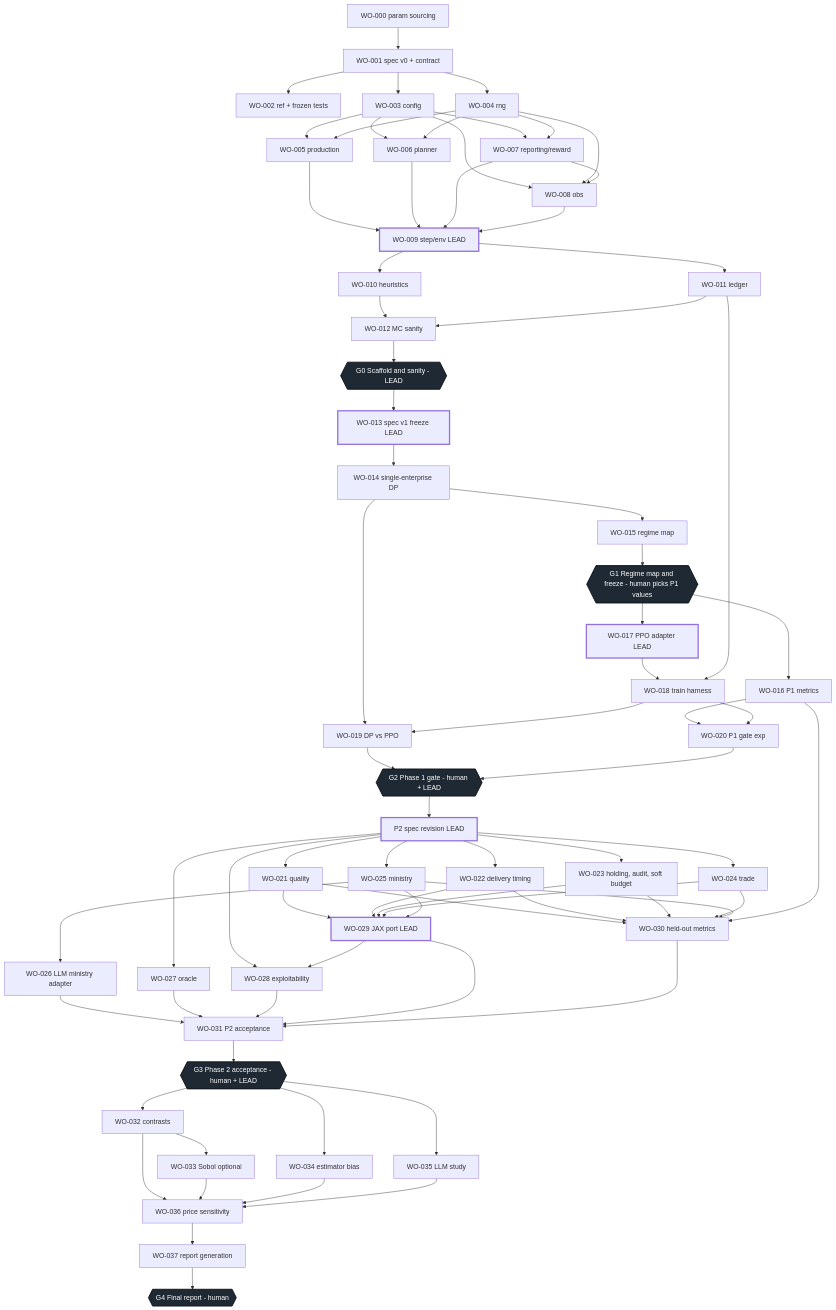
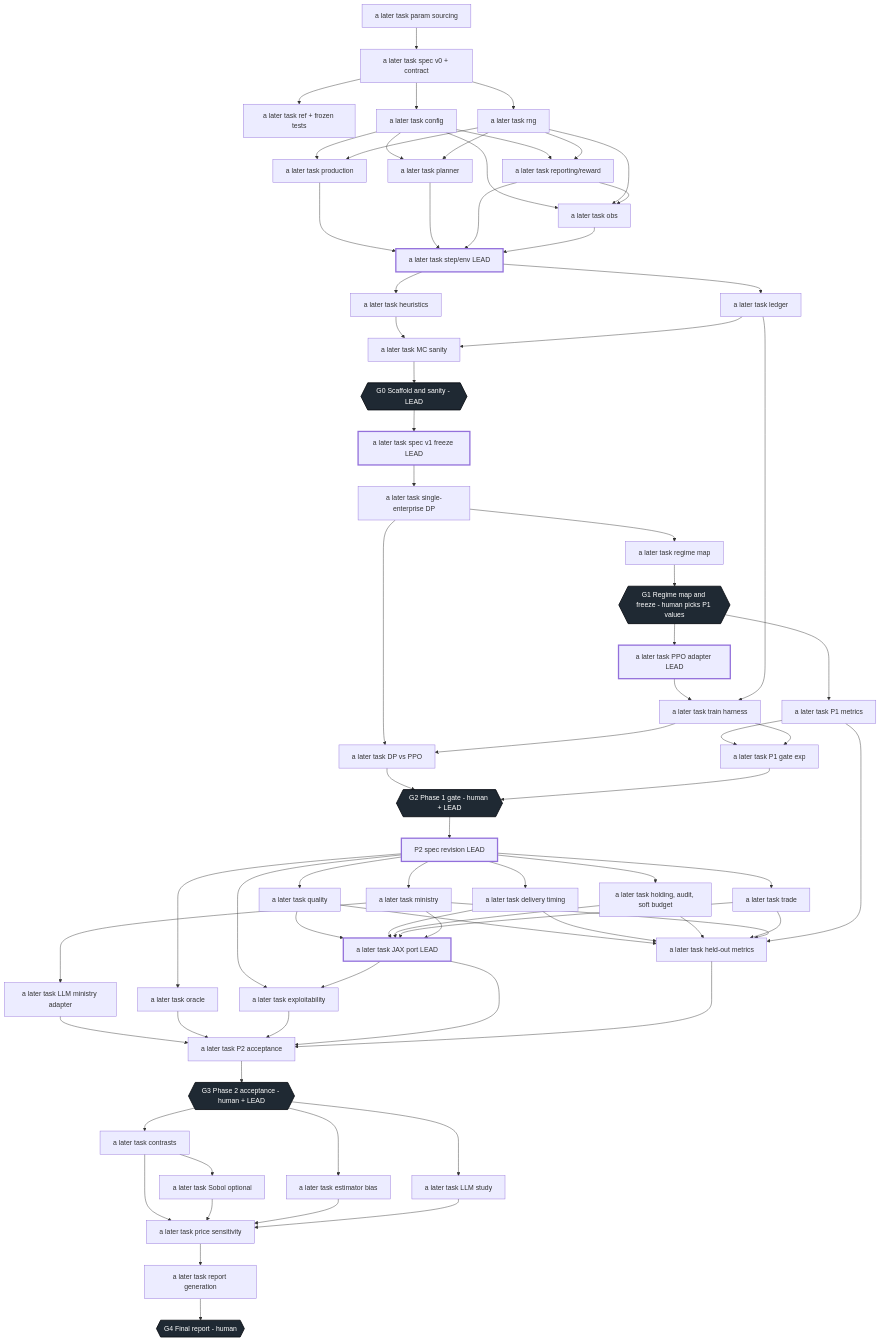
One commit to Xocas12/gosplan-env changed the diagram in ROADMAP.md. Above: the diagram before and after it, drawn with Mermaid. The commit also changed other lines of this file and 141 other files, not shown here.

````diff
--- a/ROADMAP.md
+++ b/ROADMAP.md
@@ -97,81 +97,81 @@
 ```mermaid
 flowchart TD
-  WO000["WO-000 param sourcing"] --> WO001["WO-001 spec v0 + contract"]
-  WO001 --> WO002["WO-002 ref + frozen tests"]
-  WO001 --> WO003["WO-003 config"]
-  WO001 --> WO004["WO-004 rng"]
-  WO003 --> WO005["WO-005 production"]
-  WO003 --> WO006["WO-006 planner"]
-  WO003 --> WO007["WO-007 reporting/reward"]
-  WO003 --> WO008["WO-008 obs"]
+  WO000["a later task param sourcing"] --> WO001["a later task spec v0 + contract"]
+  WO001 --> WO002["a later task ref + frozen tests"]
+  WO001 --> WO003["a later task config"]
+  WO001 --> WO004["a later task rng"]
+  WO003 --> WO005["a later task production"]
+  WO003 --> WO006["a later task planner"]
+  WO003 --> WO007["a later task reporting/reward"]
+  WO003 --> WO008["a later task obs"]
   WO004 --> WO005
   WO004 --> WO006
   WO004 --> WO007
   WO004 --> WO008
   WO007 --> WO008
-  WO005 --> WO009["WO-009 step/env LEAD"]
+  WO005 --> WO009["a later task step/env LEAD"]
   WO006 --> WO009
   WO007 --> WO009
   WO008 --> WO009
-  WO009 --> WO010["WO-010 heuristics"]
-  WO009 --> WO011["WO-011 ledger"]
-  WO010 --> WO012["WO-012 MC sanity"]
+  WO009 --> WO010["a later task heuristics"]
+  WO009 --> WO011["a later task ledger"]
+  WO010 --> WO012["a later task MC sanity"]
   WO011 --> WO012
   WO012 --> G0{{"G0 Scaffold and sanity - LEAD"}}
 
-  G0 --> WO013["WO-013 spec v1 freeze LEAD"]
-  WO013 --> WO014["WO-014 single-enterprise DP"]
-  WO014 --> WO015["WO-015 regime map"]
+  G0 --> WO013["a later task spec v1 freeze LEAD"]
+  WO013 --> WO014["a later task single-enterprise DP"]
+  WO014 --> WO015["a later task regime map"]
   WO015 --> G1{{"G1 Regime map and freeze - human picks P1 values"}}
 
-  G1 --> WO016["WO-016 P1 metrics"]
-  G1 --> WO017["WO-017 PPO adapter LEAD"]
-  WO017 --> WO018["WO-018 train harness"]
+  G1 --> WO016["a later task P1 metrics"]
+  G1 --> WO017["a later task PPO adapter LEAD"]
+  WO017 --> WO018["a later task train harness"]
   WO011 --> WO018
-  WO014 --> WO019["WO-019 DP vs PPO"]
+  WO014 --> WO019["a later task DP vs PPO"]
   WO018 --> WO019
-  WO016 --> WO020["WO-020 P1 gate exp"]
+  WO016 --> WO020["a later task P1 gate exp"]
   WO018 --> WO020
   WO019 --> G2{{"G2 Phase 1 gate - human + LEAD"}}
   WO020 --> G2
 
   G2 --> P2SPEC["P2 spec revision LEAD"]
-  P2SPEC --> WO021["WO-021 quality"]
-  P2SPEC --> WO022["WO-022 delivery timing"]
-  P2SPEC --> WO023["WO-023 holding, audit, soft budget"]
-  P2SPEC --> WO024["WO-024 trade"]
-  P2SPEC --> WO025["WO-025 ministry"]
-  P2SPEC --> WO027["WO-027 oracle"]
-  P2SPEC --> WO028["WO-028 exploitability"]
-  WO025 --> WO026["WO-026 LLM ministry adapter"]
-  WO021 --> WO029["WO-029 JAX port LEAD"]
+  P2SPEC --> WO021["a later task quality"]
+  P2SPEC --> WO022["a later task delivery timing"]
+  P2SPEC --> WO023["a later task holding, audit, soft budget"]
+  P2SPEC --> WO024["a later task trade"]
+  P2SPEC --> WO025["a later task ministry"]
+  P2SPEC --> WO027["a later task oracle"]
+  P2SPEC --> WO028["a later task exploitability"]
+  WO025 --> WO026["a later task LLM ministry adapter"]
+  WO021 --> WO029["a later task JAX port LEAD"]
   WO022 --> WO029
   WO023 --> WO029
   WO024 --> WO029
   WO025 --> WO029
   WO029 --> WO028
-  WO021 --> WO030["WO-030 held-out metrics"]
+  WO021 --> WO030["a later task held-out metrics"]
   WO022 --> WO030
   WO023 --> WO030
   WO024 --> WO030
   WO025 --> WO030
   WO016 --> WO030
-  WO026 --> WO031["WO-031 P2 acceptance"]
+  WO026 --> WO031["a later task P2 acceptance"]
   WO027 --> WO031
   WO028 --> WO031
   WO029 --> WO031
   WO030 --> WO031
   WO031 --> G3{{"G3 Phase 2 acceptance - human + LEAD"}}
 
-  G3 --> WO032["WO-032 contrasts"]
-  G3 --> WO034["WO-034 estimator bias"]
-  G3 --> WO035["WO-035 LLM study"]
-  WO032 --> WO033["WO-033 Sobol optional"]
-  WO032 --> WO036["WO-036 price sensitivity"]
+  G3 --> WO032["a later task contrasts"]
+  G3 --> WO034["a later task estimator bias"]
+  G3 --> WO035["a later task LLM study"]
+  WO032 --> WO033["a later task Sobol optional"]
+  WO032 --> WO036["a later task price sensitivity"]
   WO033 --> WO036
   WO034 --> WO036
   WO035 --> WO036
-  WO036 --> WO037["WO-037 report generation"]
+  WO036 --> WO037["a later task report generation"]
   WO037 --> G4{{"G4 Final report - human"}}
 
   classDef gate fill:#1f2933,stroke:#0b0f14,stroke-width:2px,color:#ffffff;
````
